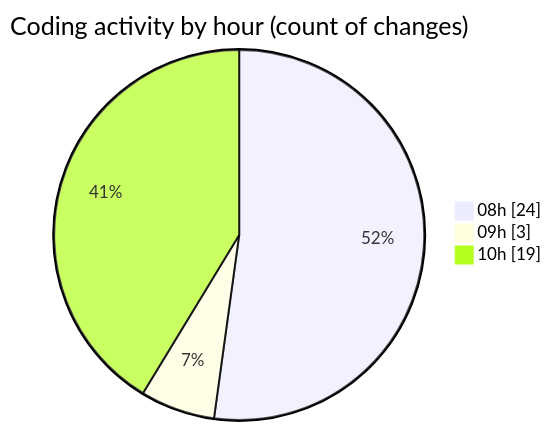
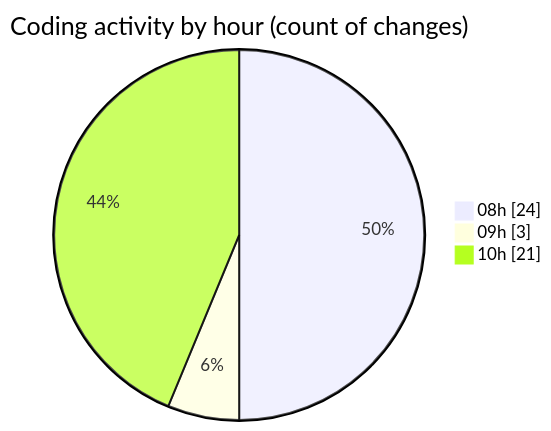
Before and after one commit to julien-gomy/code-tracking: the second of 2 diagrams in 2025-11-07/eventscop-frontend-guide__workspace_/README.md, drawn with Mermaid. The commit also changed other lines of this file and 1 other file, not shown here.

````diff
--- a/2025-11-07/eventscop-frontend-guide__workspace_/README.md
+++ b/2025-11-07/eventscop-frontend-guide__workspace_/README.md
@@ -45,7 +46,7 @@
 ```mermaid
 pie showData
 title Coding activity by hour (count of changes)
 "08h" : 24
 "09h" : 3
-"10h" : 19
+"10h" : 21
 ```
````
